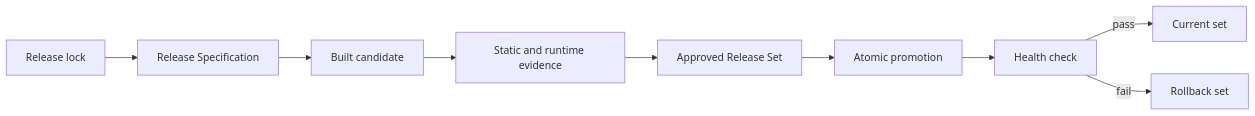
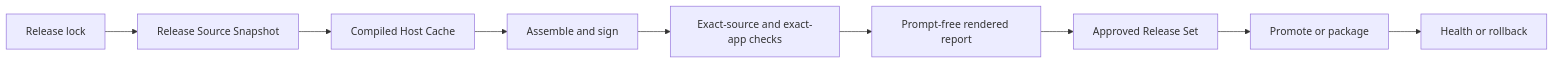
One commit to alexwck/dbcode-wrapper changed the diagram in wiki/architecture/release-trust-and-compatibility.md. Above: the diagram before and after it, drawn with Mermaid. The commit also changed other lines of this file and 29 other files, not shown here.

````diff
--- a/wiki/architecture/release-trust-and-compatibility.md
+++ b/wiki/architecture/release-trust-and-compatibility.md
@@ -22,11 +22,11 @@
 ```mermaid
 flowchart LR
-  L[Release lock] --> S[Release Specification]
-  S --> B[Built candidate]
-  B --> E[Static and runtime evidence]
-  E --> A[Approved Release Set]
-  A --> P[Atomic promotion]
-  P --> H[Health check]
-  H -->|pass| C[Current set]
-  H -->|fail| R[Rollback set]
+  L[Release lock] --> S[Release Source Snapshot]
+  S --> C[Compiled Host Cache]
+  C --> A[Assemble and sign]
+  A --> E[Exact-source and exact-app checks]
+  E --> R[Prompt-free rendered report]
+  R --> P[Approved Release Set]
+  P --> I[Promote or package]
+  I --> H[Health or rollback]
 ```
````
